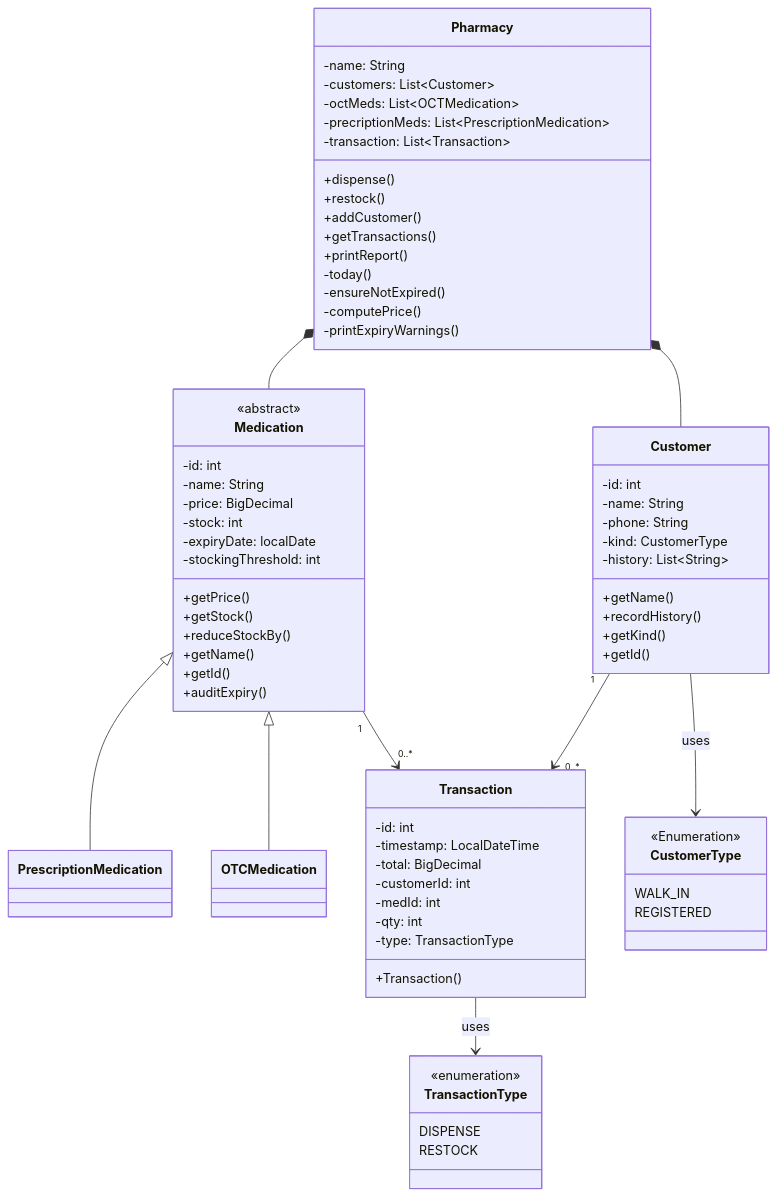
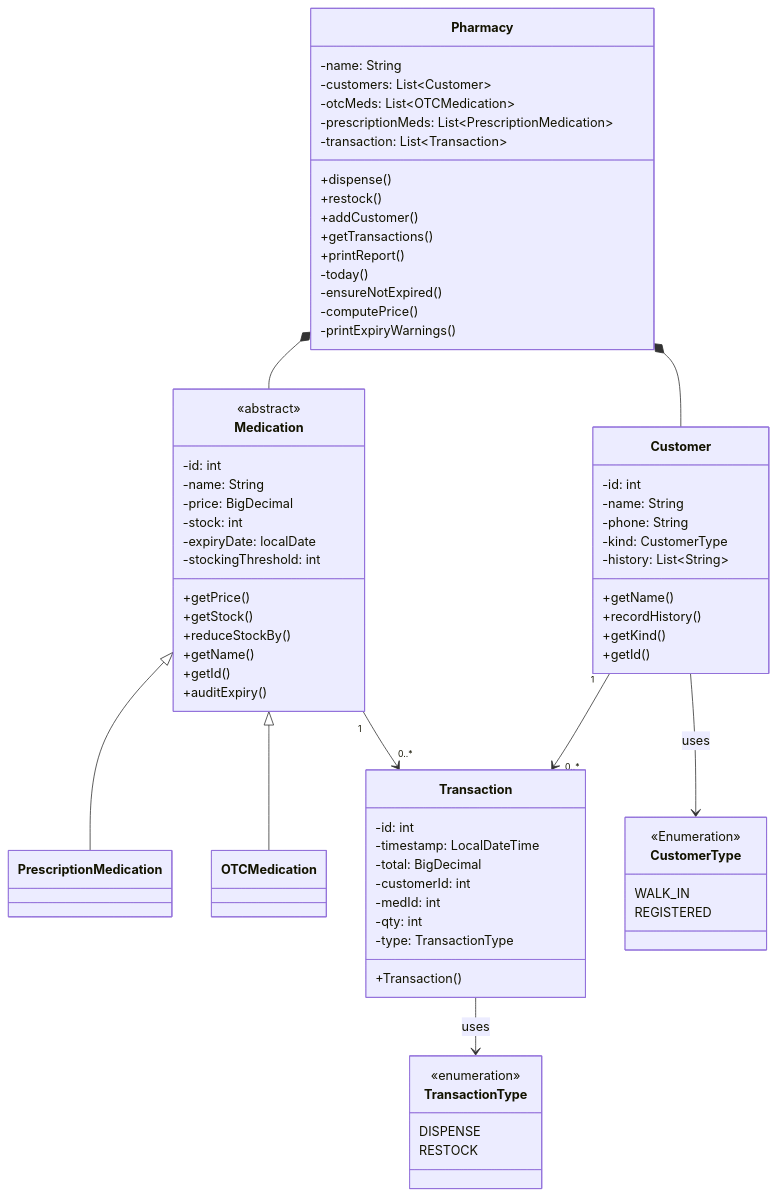
One commit to prince-kofi-asiedu/akosua-s-pharmacy changed the diagram in README.md. Above: the diagram before and after it, drawn with Mermaid. The commit also changed other lines of this file and 3 other files, not shown here.

```diff
--- a/README.md
+++ b/README.md
@@ -34,8 +34,8 @@
 class Pharmacy {
   -name: String
   -customers: List~Customer~ 
-  -octMeds: List~OCTMedication~
-  -precriptionMeds: List~PrescriptionMedication~
+  -otcMeds: List~OTCMedication~
+  -prescriptionMeds: List~PrescriptionMedication~
   -transaction: List~Transaction~
   +dispense()
   +restock()
```
